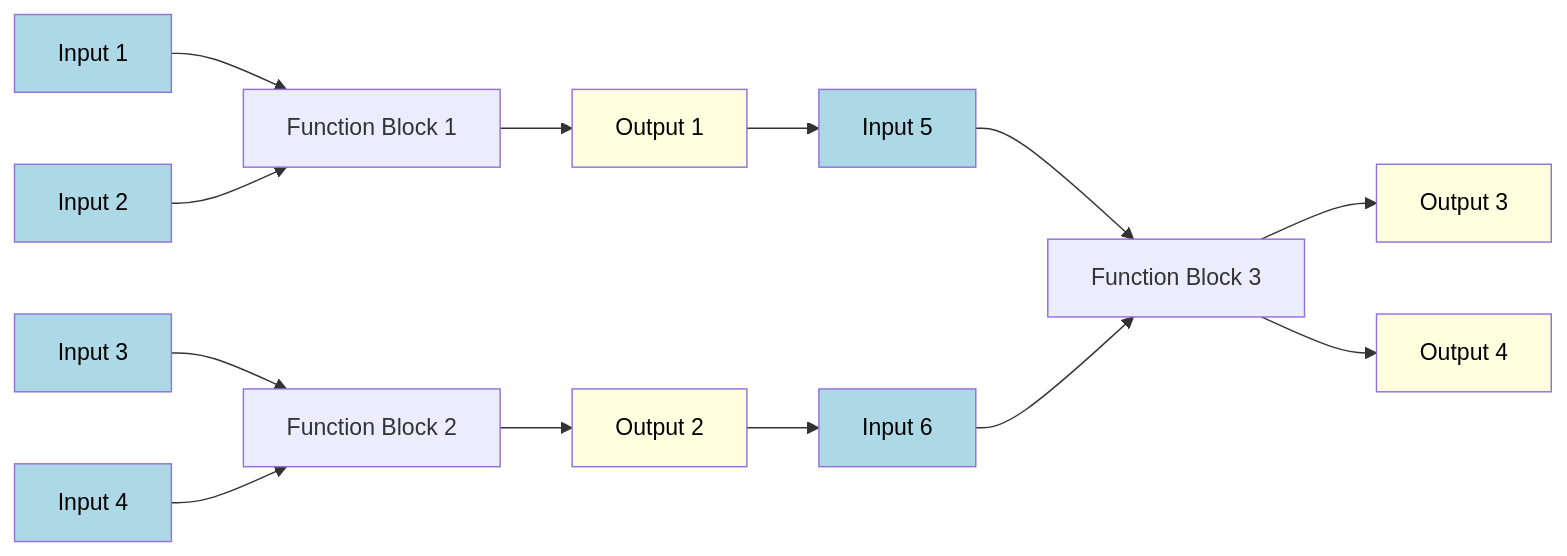
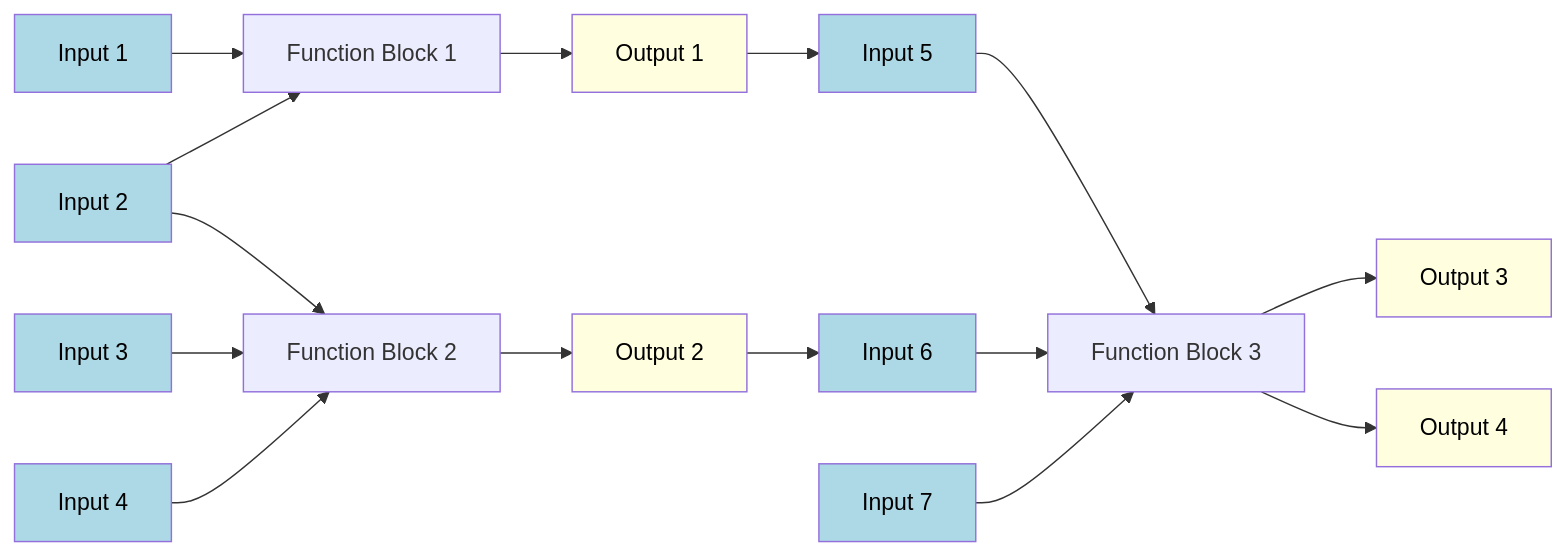
Before and after one commit to khoitmp/function-block: the diagram in README.md, drawn with Mermaid.

````diff
--- a/README.md
+++ b/README.md
@@ -6,51 +6,51 @@
 ```mermaid
 graph LR;
     IN1[Input 1]
     IN2[Input 2]
-
     IN3[Input 3]
     IN4[Input 4]
-
     IN5[Input 5]
     IN6[Input 6]
+    IN7[Input 7]
 
     OUT1[Output 1]
     OUT2[Output 2]
 
     OUT3[Output 3]
     OUT4[Output 4]
 
     FB1[Function Block 1]
     FB2[Function Block 2]
     FB3[Function Block 3]
 
     IN1 --> FB1
     IN2 --> FB1
-
+    IN2 --> FB2
     IN3 --> FB2
     IN4 --> FB2
+    IN5 --> FB3
+    IN6 --> FB3
+    IN7 --> FB3
 
     FB1 --> OUT1
     FB2 --> OUT2
 
     OUT1 --> IN5
     OUT2 --> IN6
-
-    IN5 --> FB3
-    IN6 --> FB3
 
     FB3 --> OUT3
     FB3 --> OUT4
 
     style IN1 fill:#ADD8E6,color:#000000
     style IN2 fill:#ADD8E6,color:#000000
     style IN3 fill:#ADD8E6,color:#000000
     style IN4 fill:#ADD8E6,color:#000000
     style IN5 fill:#ADD8E6,color:#000000
-    style IN6 fill:#ADD8E6,color:#000000     
+    style IN6 fill:#ADD8E6,color:#000000
+    style IN7 fill:#ADD8E6,color:#000000     
 
     style OUT1 fill:#FFFFE0,color:#000000
     style OUT2 fill:#FFFFE0,color:#000000
     style OUT3 fill:#FFFFE0,color:#000000
     style OUT4 fill:#FFFFE0,color:#000000   
 ```
````
